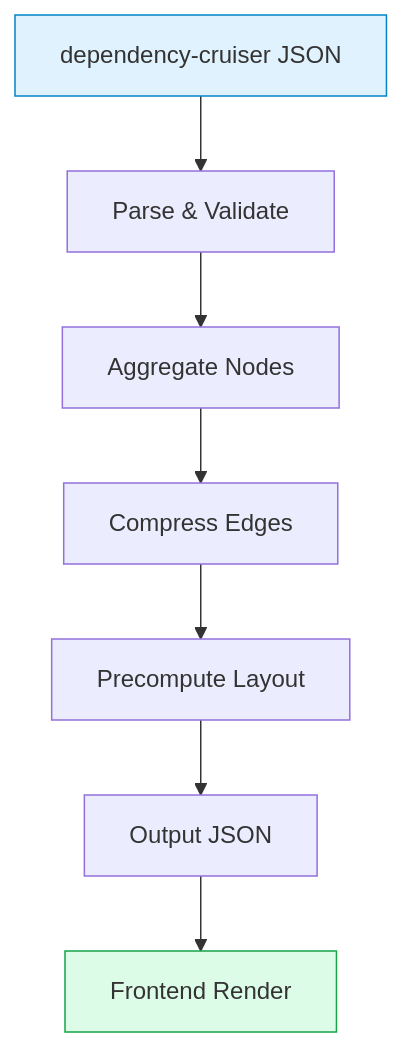
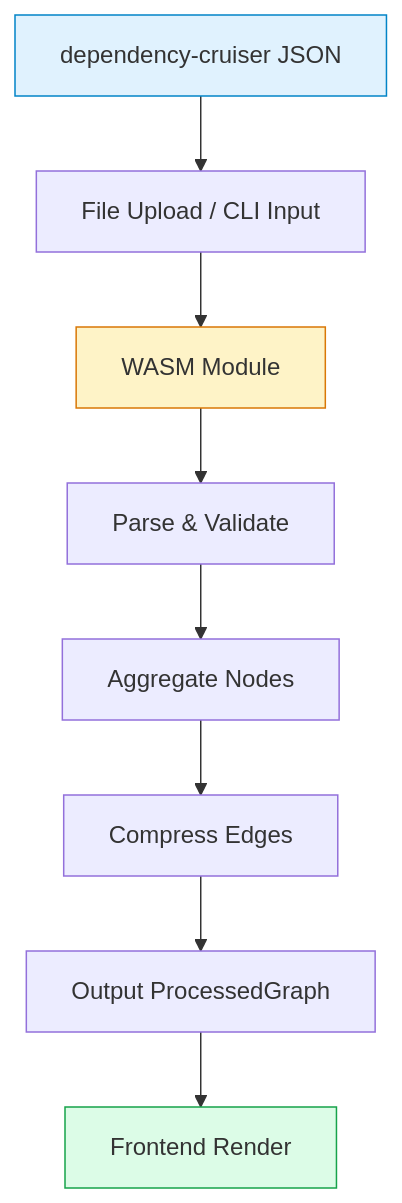
Before and after one commit to fisher-89/dependency-cruiser-reporter: the first of 8 diagrams in docs/architecture/data-flow.md, drawn with Mermaid. The commit also changed other lines of this file and 7 other files, not shown here.

First line of the commit message:
docs: add packages documentation for cli, wasm, and frontend

````diff
--- a/docs/architecture/data-flow.md
+++ b/docs/architecture/data-flow.md
@@ -5,12 +5,14 @@
 ```mermaid
 flowchart TB
-    Input[dependency-cruiser JSON] --> Parse[Parse & Validate]
+    Input[dependency-cruiser JSON] --> Upload[File Upload / CLI Input]
+    Upload --> WASM[WASM Module]
+    WASM --> Parse[Parse & Validate]
     Parse --> Agg[Aggregate Nodes]
     Agg --> Compress[Compress Edges]
-    Compress --> Layout[Precompute Layout]
-    Layout --> Output[Output JSON]
+    Compress --> Output[Output ProcessedGraph]
     Output --> Render[Frontend Render]
 
     style Input fill:#e0f2fe,stroke:#0284c7
+    style WASM fill:#fef3c7,stroke:#d97706
     style Render fill:#dcfce7,stroke:#16a34a
 ```
````
